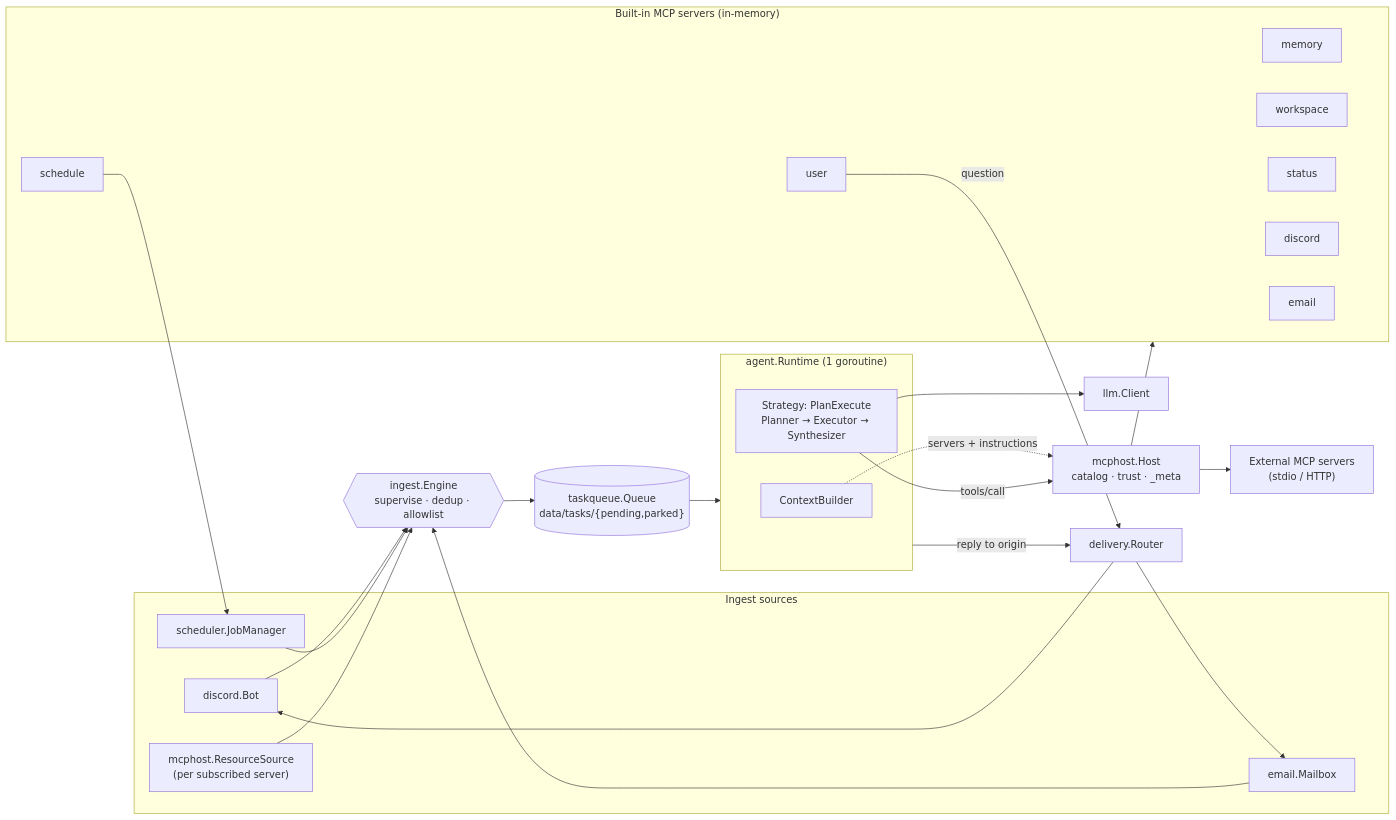
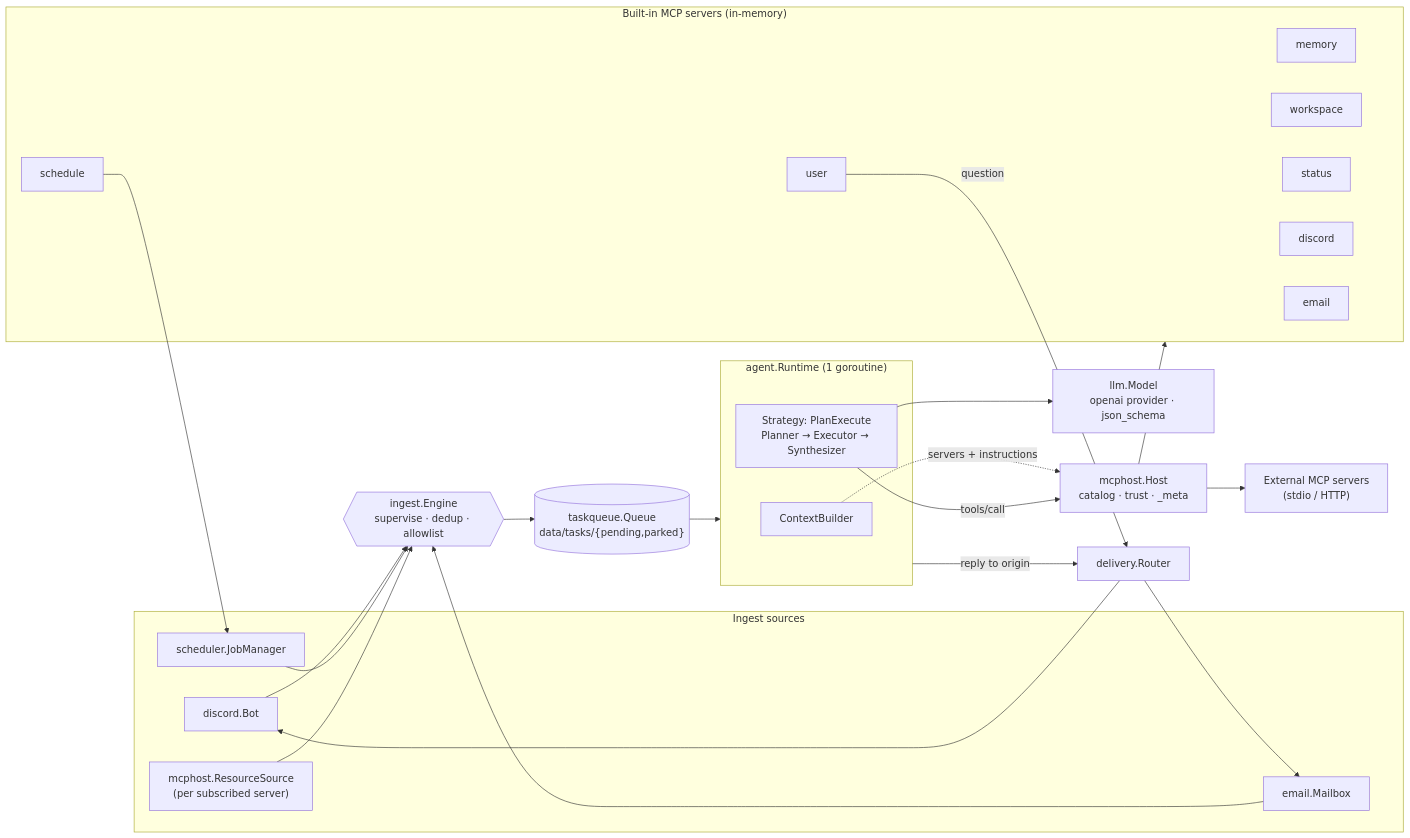
Before and after one commit to runyanjake/tobee: the diagram in .claude/DESIGN.md, drawn with Mermaid. The commit also changed other lines of this file and 84 other files, not shown here.

````diff
--- a/.claude/DESIGN.md
+++ b/.claude/DESIGN.md
@@ -16,39 +16,39 @@
 ```mermaid
 flowchart LR
     subgraph sources["Ingest sources"]
         discordSrc["discord.Bot"]
         emailSrc["email.Mailbox"]
         jobs["scheduler.JobManager"]
         resSrc["mcphost.ResourceSource<br/>(per subscribed server)"]
     end
     engine{{"ingest.Engine<br/>supervise · dedup · allowlist"}}
     queue[("taskqueue.Queue<br/>data/tasks/{pending,parked}")]
     subgraph core["agent.Runtime (1 goroutine)"]
         ctxb["ContextBuilder"]
         strat["Strategy: PlanExecute<br/>Planner → Executor → Synthesizer"]
     end
-    llm["llm.Client"]
+    llm["llm.Model<br/>openai provider · json_schema"]
     host["mcphost.Host<br/>catalog · trust · _meta"]
     subgraph builtin["Built-in MCP servers (in-memory)"]
         mem["memory"]
         ws["workspace"]
         sch["schedule"]
         st["status"]
         usr["user"]
         dsrv["discord"]
         esrv["email"]
     end
     ext["External MCP servers<br/>(stdio / HTTP)"]
     out["delivery.Router"]
 
     discordSrc & emailSrc & jobs & resSrc --> engine --> queue --> core
     ctxb -.->|servers + instructions| host
     strat --> llm
     strat -->|tools/call| host
     host --> builtin
     host --> ext
     sch --> jobs
     usr -->|question| out
     core -->|reply to origin| out
     out --> discordSrc & emailSrc
 ```
````
